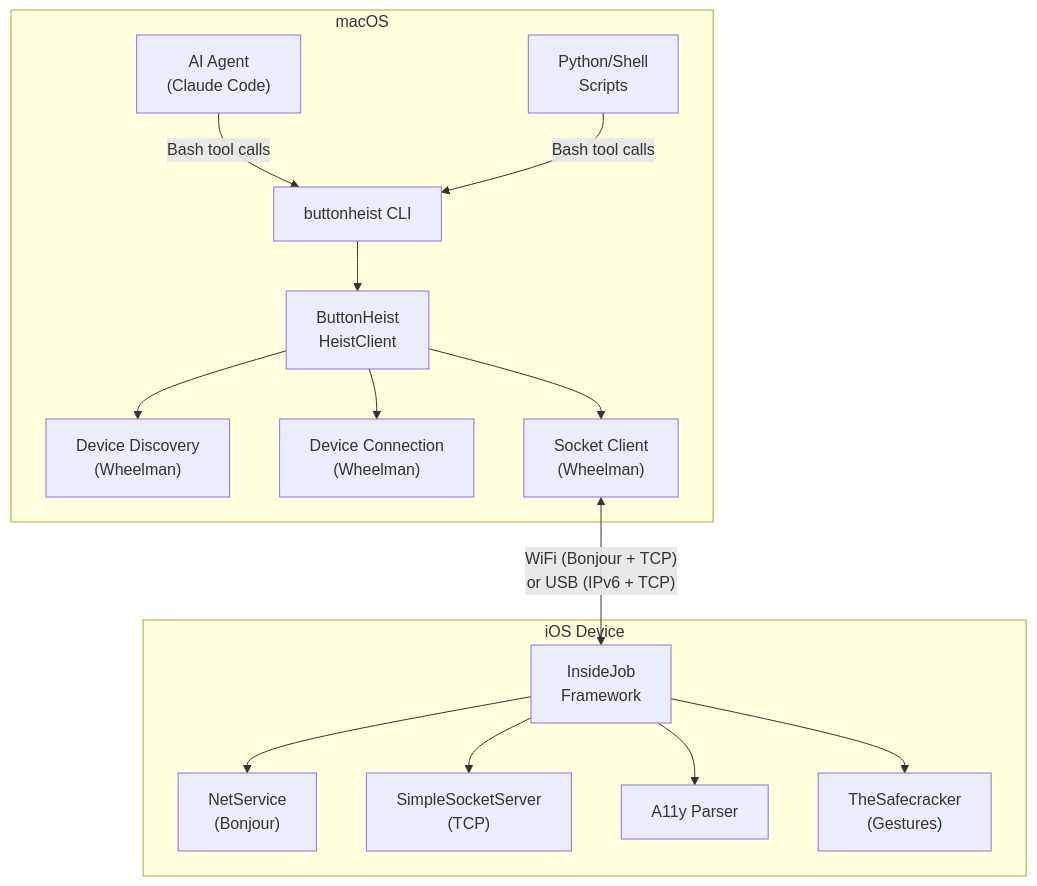
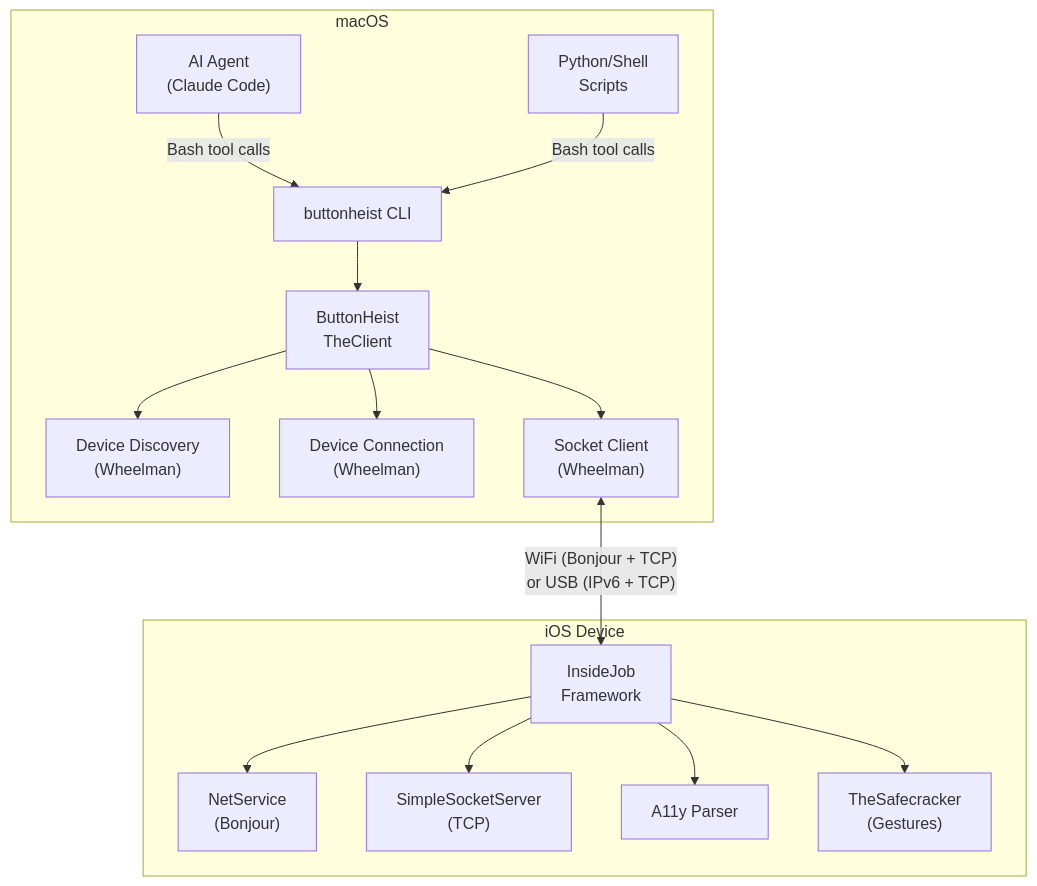
One commit to RoyalPineapple/TheButtonHeist changed the first of 7 diagrams in docs/ARCHITECTURE.md. Above: the diagram before and after it, drawn with Mermaid. The commit also changed other lines of this file and 61 other files, not shown here.

First line of the commit message:
Rename TheGoods → TheScore, HeistClient → TheClient, InsideJobLoader → ThePlant

````diff
--- a/docs/ARCHITECTURE.md
+++ b/docs/ARCHITECTURE.md
@@ -15,20 +15,20 @@
 ```mermaid
 graph TB
     subgraph mac["macOS"]
         Agent["AI Agent<br>(Claude Code)"] -->|Bash tool calls| CLI
         Scripts["Python/Shell<br>Scripts"] -->|Bash tool calls| CLI
-        CLI["buttonheist CLI"] --> HC["ButtonHeist<br>HeistClient"]
+        CLI["buttonheist CLI"] --> HC["ButtonHeist<br>TheClient"]
         HC --> DD["Device Discovery<br>(Wheelman)"]
         HC --> DC["Device Connection<br>(Wheelman)"]
         HC --> Socket["Socket Client<br>(Wheelman)"]
     end
 
     Socket <-->|"WiFi (Bonjour + TCP)<br>or USB (IPv6 + TCP)"| IJ
 
     subgraph ios["iOS Device"]
         IJ["InsideJob<br>Framework"] --> NS["NetService<br>(Bonjour)"]
         IJ --> SS["SimpleSocketServer<br>(TCP)"]
         IJ --> A11y["A11y Parser"]
         IJ --> TSC["TheSafecracker<br>(Gestures)"]
     end
 ```
````
